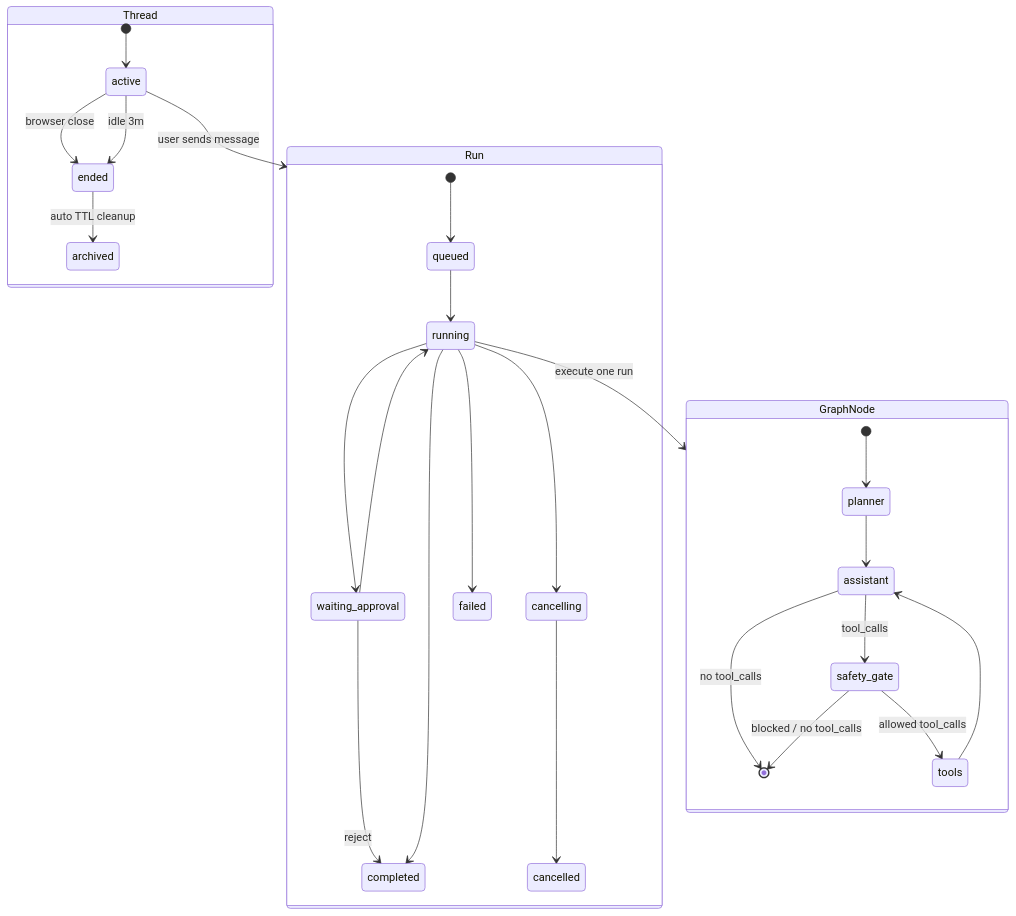
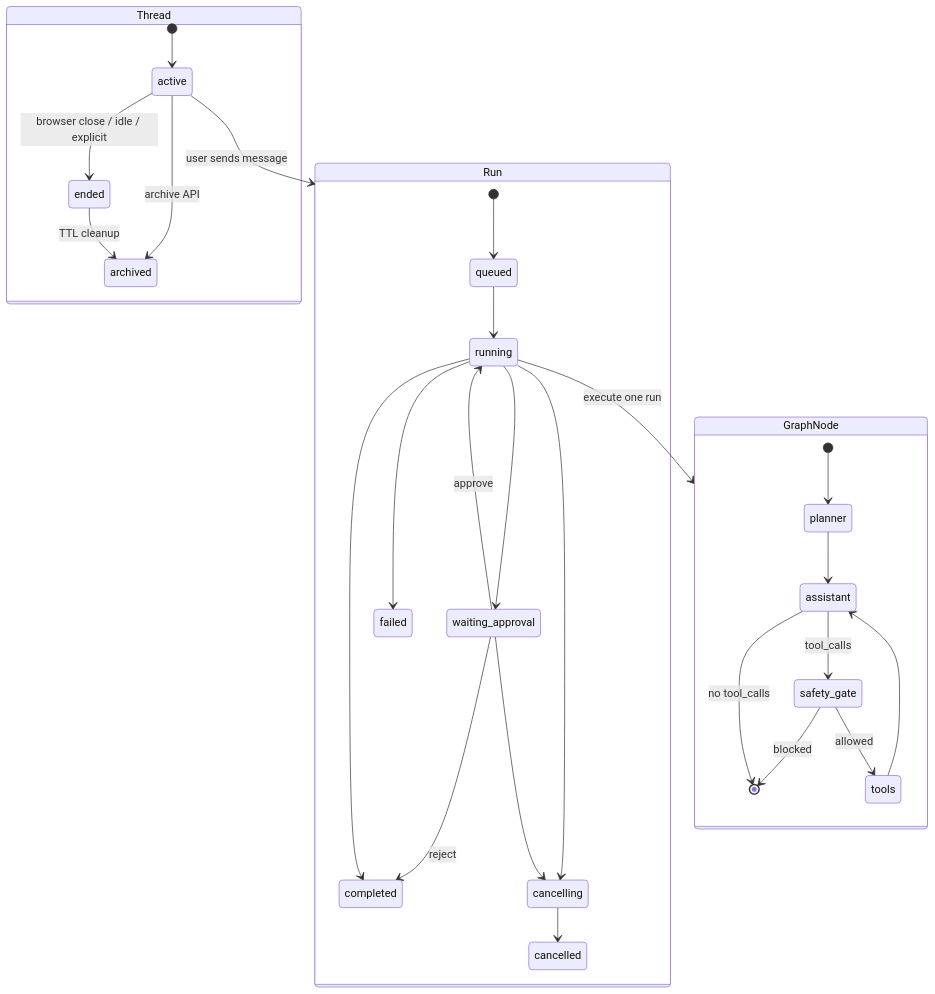
One commit to NIkok0/LearnAgent changed the diagram in README.md. Above: the diagram before and after it, drawn with Mermaid. The commit also changed other lines of this file, not shown here.

Commit message:
Refresh README to match current runtime architecture

````diff
--- a/README.md
+++ b/README.md
@@ -560,36 +607,37 @@
 ```mermaid
 stateDiagram-v2
     direction TB
 
     state Thread {
         [*] --> active
-        active --> ended: browser close
-        active --> ended: idle 3m
-        ended --> archived: auto TTL cleanup
+        active --> ended: browser close / idle / explicit
+        active --> archived: archive API
+        ended --> archived: TTL cleanup
     }
 
     state Run {
         [*] --> queued
         queued --> running
         running --> waiting_approval
-        waiting_approval --> running
+        waiting_approval --> running: approve
         waiting_approval --> completed: reject
         running --> cancelling
+        waiting_approval --> cancelling
         cancelling --> cancelled
         running --> completed
         running --> failed
     }
 
     state GraphNode {
         [*] --> planner
         planner --> assistant
         assistant --> safety_gate: tool_calls
         assistant --> [*]: no tool_calls
-        safety_gate --> tools: allowed tool_calls
-        safety_gate --> [*]: blocked / no tool_calls
+        safety_gate --> tools: allowed
+        safety_gate --> [*]: blocked
         tools --> assistant
     }
 
     active --> Run: user sends message
     running --> GraphNode: execute one run
 ```
````
